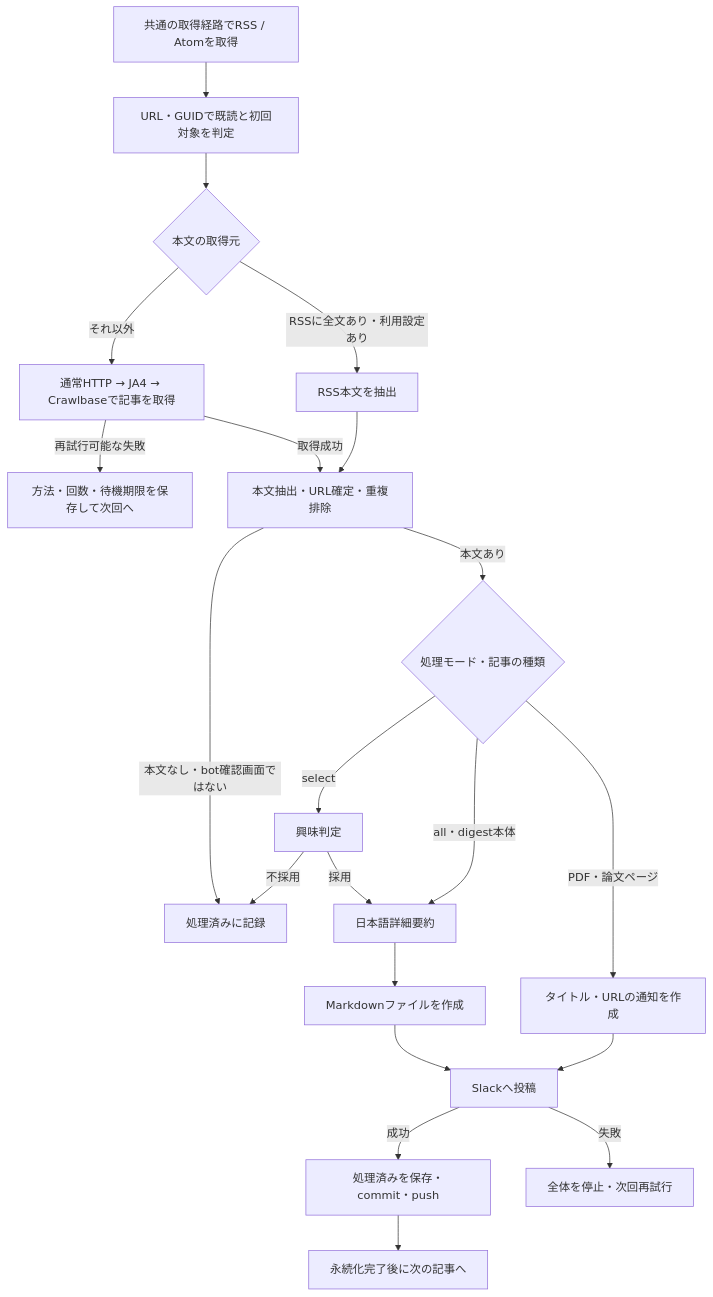
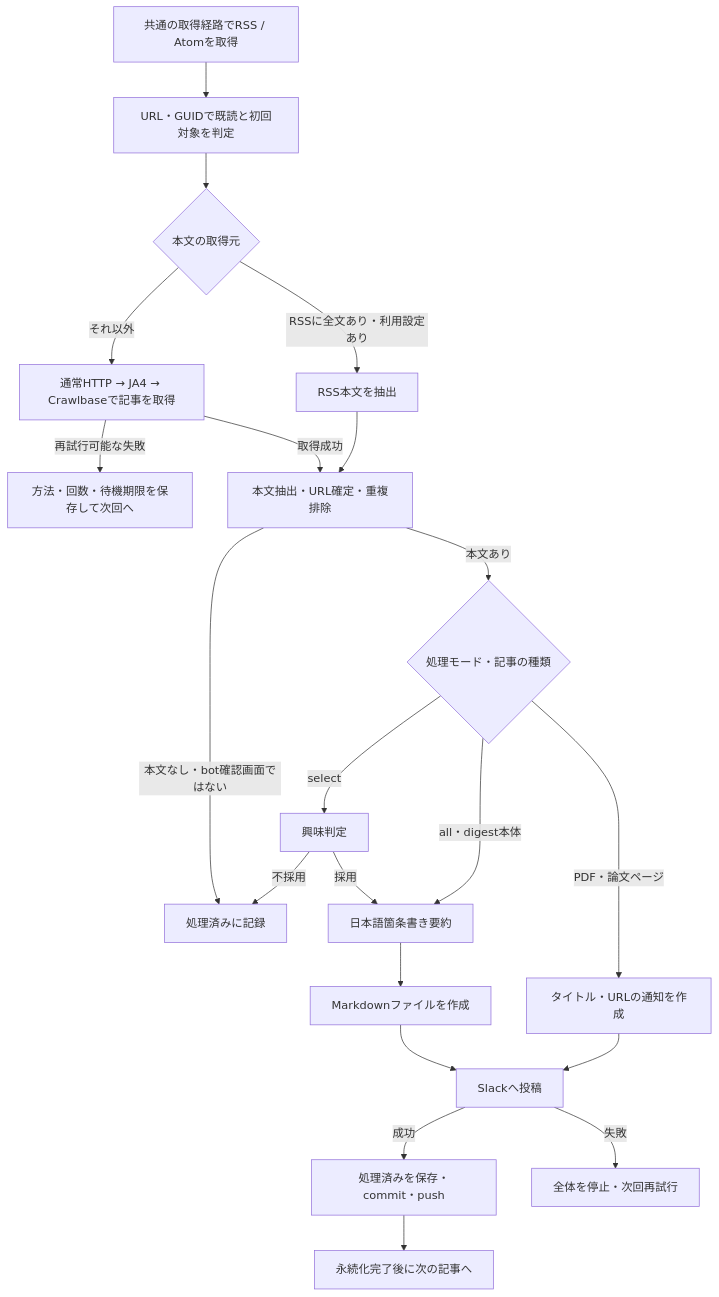
The diagram in README.md (catatsuy/rss-curator), drawn with Mermaid before and after one commit. The commit also changed other lines of this file, not shown here.

````diff
--- a/README.md
+++ b/README.md
@@ -19,23 +19,23 @@
 ```mermaid
 flowchart TD
     A[共通の取得経路でRSS / Atomを取得] --> B[URL・GUIDで既読と初回対象を判定]
     B --> C{本文の取得元}
     C -->|RSSに全文あり・利用設定あり| D[RSS本文を抽出]
     C -->|それ以外| E[通常HTTP → JA4 → Crawlbaseで記事を取得]
     E -->|再試行可能な失敗| R[方法・回数・待機期限を保存して次回へ]
     E -->|取得成功| F[本文抽出・URL確定・重複排除]
     D --> F
     F -->|本文あり| G{処理モード・記事の種類}
     F -->|本文なし・bot確認画面ではない| J
     G -->|select| H[興味判定]
-    H -->|採用| I[日本語詳細要約]
+    H -->|採用| I[日本語箇条書き要約]
     H -->|不採用| J[処理済みに記録]
     G -->|all・digest本体| I
     G -->|PDF・論文ページ| K[タイトル・URLの通知を作成]
     I --> L[Markdownファイルを作成]
     L --> M[Slackへ投稿]
     K --> M
     M -->|成功| N[処理済みを保存・commit・push]
     M -->|失敗| O[全体を停止・次回再試行]
     N --> P[永続化完了後に次の記事へ]
 ```
````
